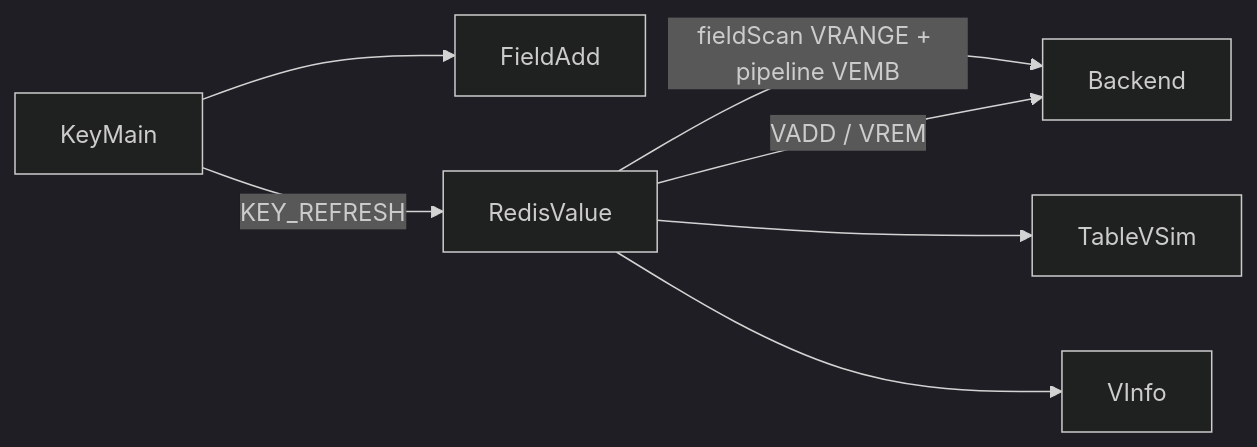
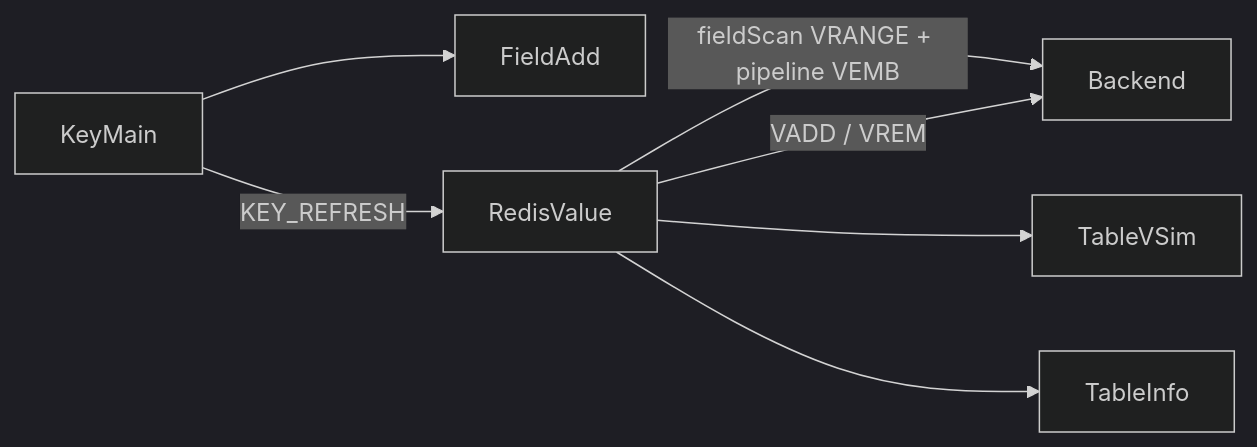
One commit to cry980285208/redis-me changed the diagram in plans/19_vector-set-support.md. Above: the diagram before and after it, drawn with Mermaid (dark theme). The commit also changed other lines of this file and 20 other files, not shown here.

````diff
--- a/plans/19_vector-set-support.md
+++ b/plans/19_vector-set-support.md
@@ -49,9 +49,9 @@
 ```mermaid
 flowchart LR
   KeyMain --> FieldAdd
   KeyMain -->|KEY_REFRESH| RedisValue
   RedisValue -->|"fieldScan VRANGE + pipeline VEMB"| Backend
   RedisValue -->|VADD / VREM| Backend
   RedisValue --> TableVSim
-  RedisValue --> VInfo
+  RedisValue --> TableInfo
 ```
````
